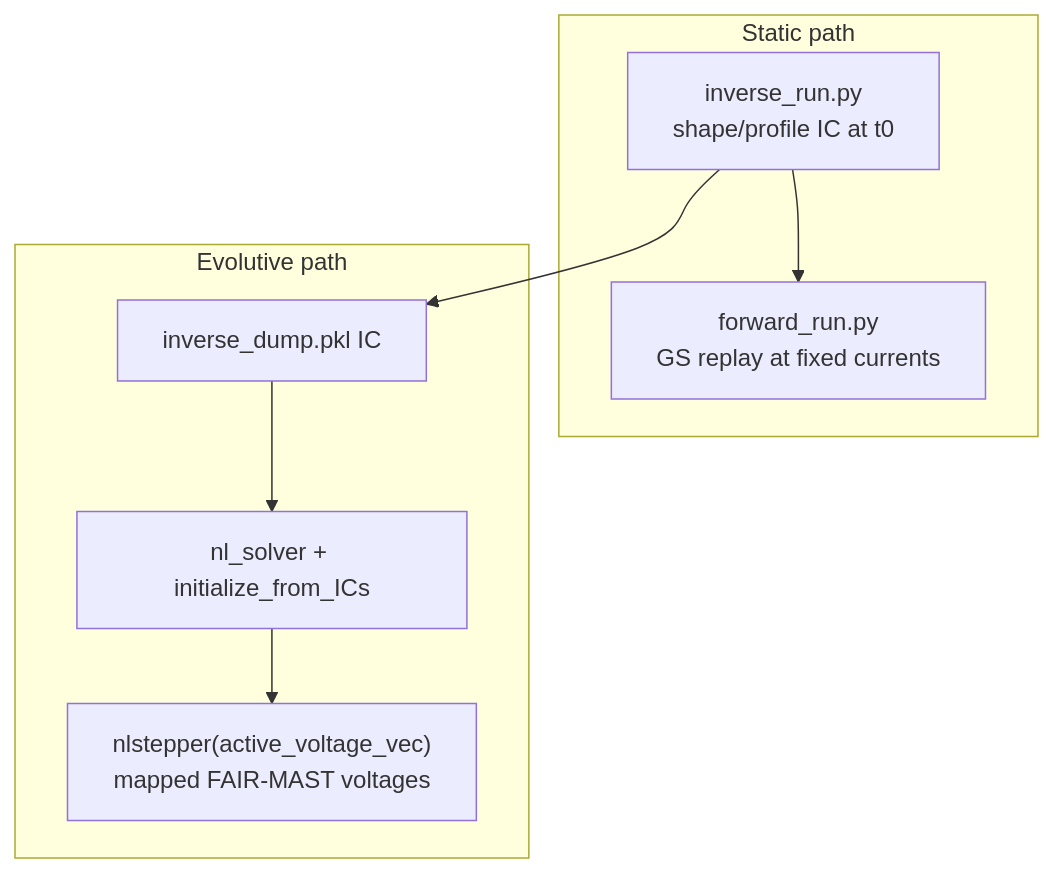
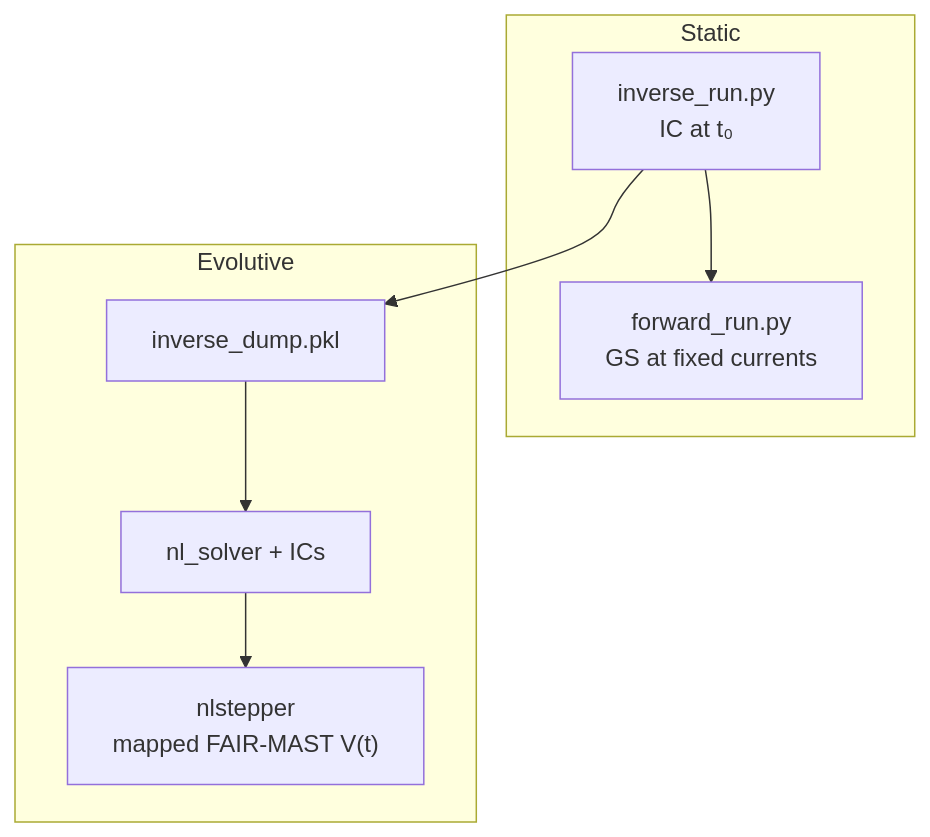
The fourth of 6 diagrams in README.md (afshin-arj/Fair-MAST-to-FreeGSNKE-Conversion-tool), drawn with Mermaid before and after one commit. The commit also changed other lines of this file, not shown here.

First line of the commit message:
docs: professional README with clear diagrams for fusion users

````diff
--- a/README.md
+++ b/README.md
@@ -98,15 +156,15 @@
 ```mermaid
 flowchart TB
-  subgraph static [Static path]
-    INV["inverse_run.py<br/>shape/profile IC at t0"]
-    FWD["forward_run.py<br/>GS replay at fixed currents"]
-    INV --> FWD
+  subgraph static [Static]
+    I1["inverse_run.py<br/>IC at t₀"]
+    F1["forward_run.py<br/>GS at fixed currents"]
+    I1 --> F1
   end
-  subgraph evol [Evolutive path]
-    IC["inverse_dump.pkl IC"]
-    NL["nl_solver + initialize_from_ICs"]
-    STEP["nlstepper(active_voltage_vec)<br/>mapped FAIR-MAST voltages"]
-    IC --> NL --> STEP
+  subgraph evolutive [Evolutive]
+    IC["inverse_dump.pkl"]
+    NL["nl_solver + ICs"]
+    ST["nlstepper<br/>mapped FAIR-MAST V(t)"]
+    IC --> NL --> ST
   end
-  INV --> IC
+  I1 --> IC
 ```
````
